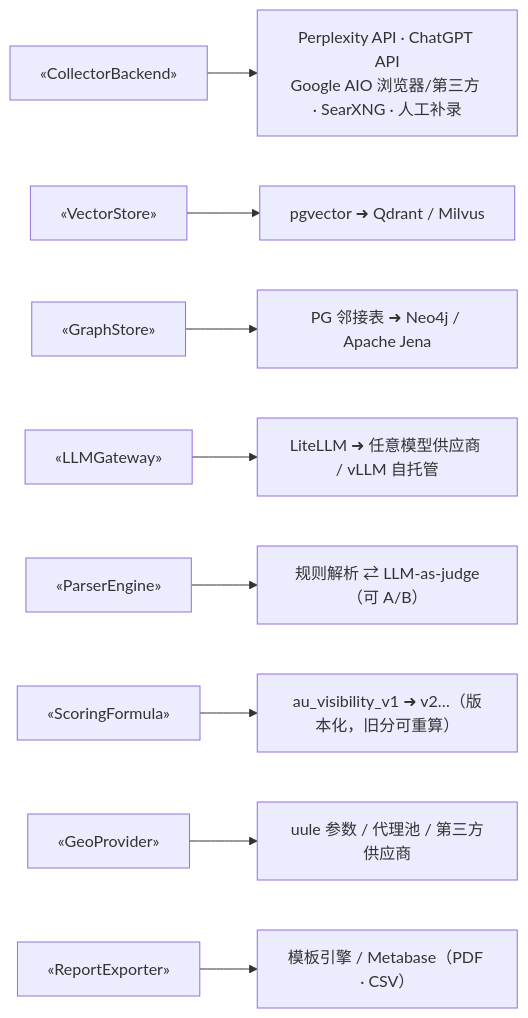
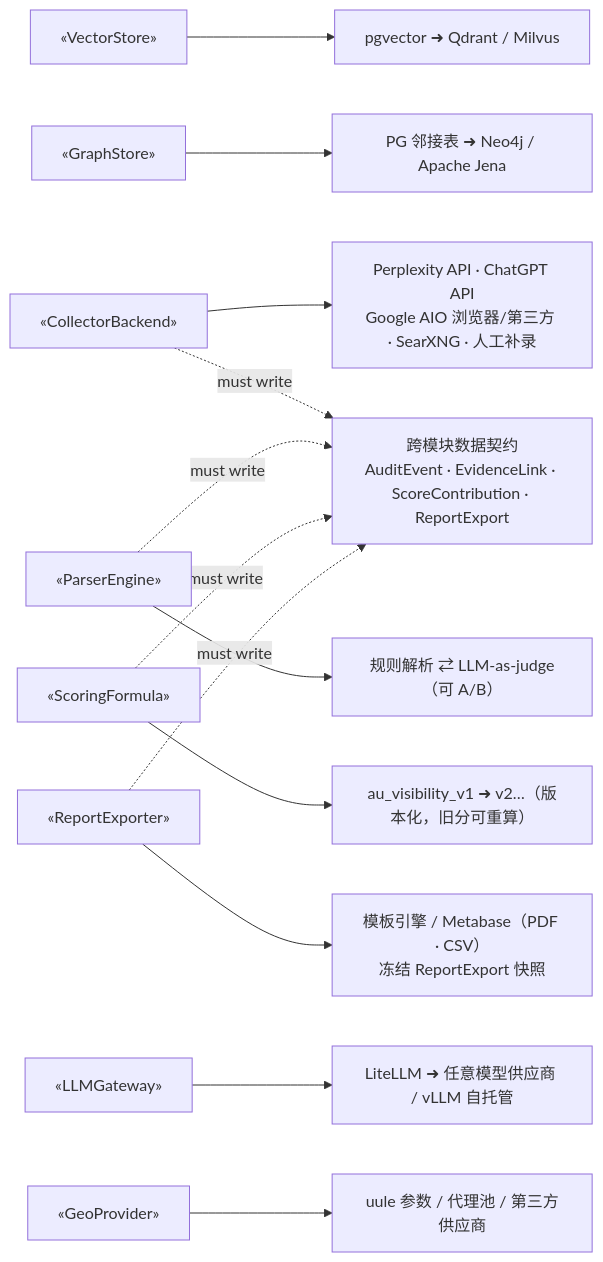
Before and after one commit to priestess-bot/geo: the second of 3 diagrams in ARCHITECTURE.md, drawn with Mermaid. The commit also changed other lines of this file and 5 other files, not shown here.

Commit message:
docs: sync architecture auditability diagrams

````diff
--- a/ARCHITECTURE.md
+++ b/ARCHITECTURE.md
@@ -66,11 +77,16 @@
 ```mermaid
 flowchart LR
   CB["«CollectorBackend»"] --> CBi["Perplexity API · ChatGPT API<br/>Google AIO 浏览器/第三方 · SearXNG · 人工补录"]
   VS["«VectorStore»"] --> VSi["pgvector ➜ Qdrant / Milvus"]
   GS["«GraphStore»"] --> GSi["PG 邻接表 ➜ Neo4j / Apache Jena"]
   LG["«LLMGateway»"] --> LGi["LiteLLM ➜ 任意模型供应商 / vLLM 自托管"]
   PE["«ParserEngine»"] --> PEi["规则解析 ⇄ LLM-as-judge（可 A/B）"]
   SF["«ScoringFormula»"] --> SFi["au_visibility_v1 ➜ v2…（版本化，旧分可重算）"]
   GP["«GeoProvider»"] --> GPi["uule 参数 / 代理池 / 第三方供应商"]
-  RE["«ReportExporter»"] --> REi["模板引擎 / Metabase（PDF · CSV）"]
+  RE["«ReportExporter»"] --> REi["模板引擎 / Metabase（PDF · CSV）<br/>冻结 ReportExport 快照"]
+  DC["跨模块数据契约<br/>AuditEvent · EvidenceLink · ScoreContribution · ReportExport"]
+  CB -. must write .-> DC
+  PE -. must write .-> DC
+  SF -. must write .-> DC
+  RE -. must write .-> DC
 ```
````
